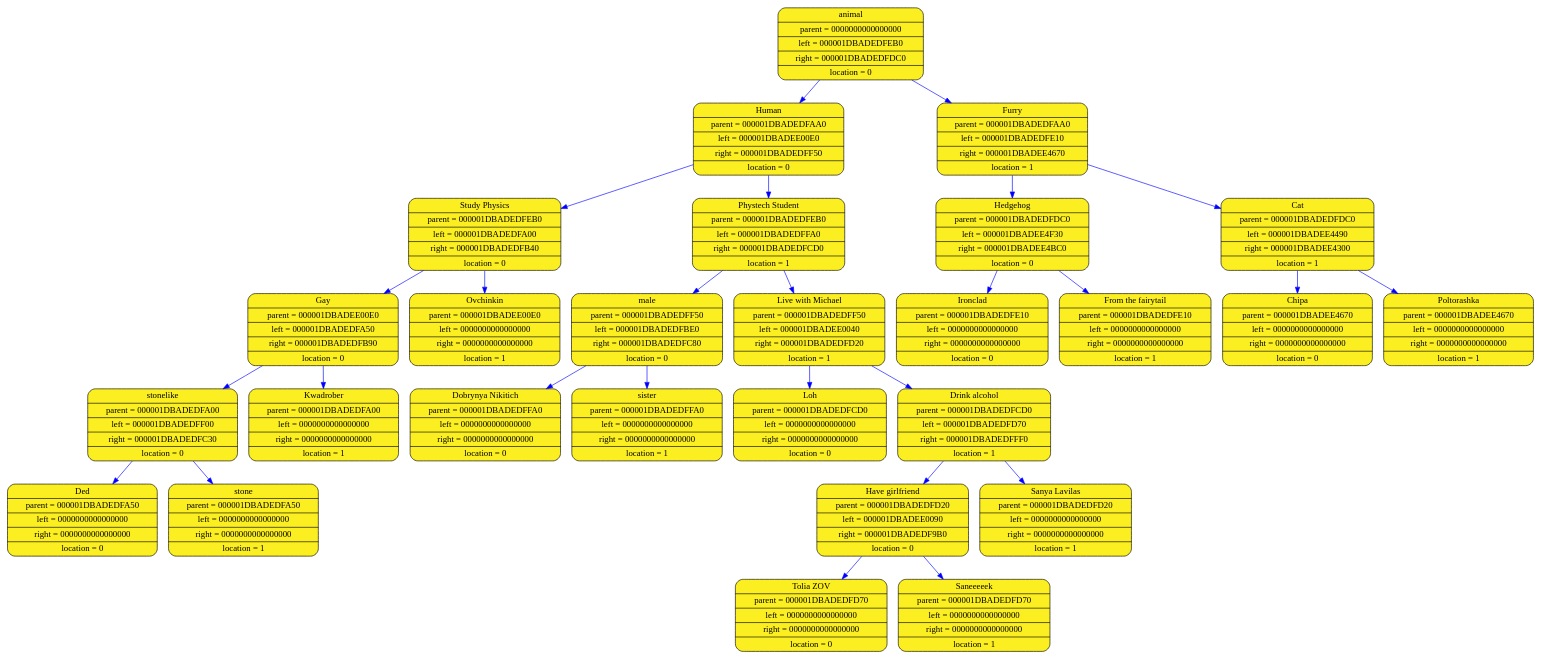
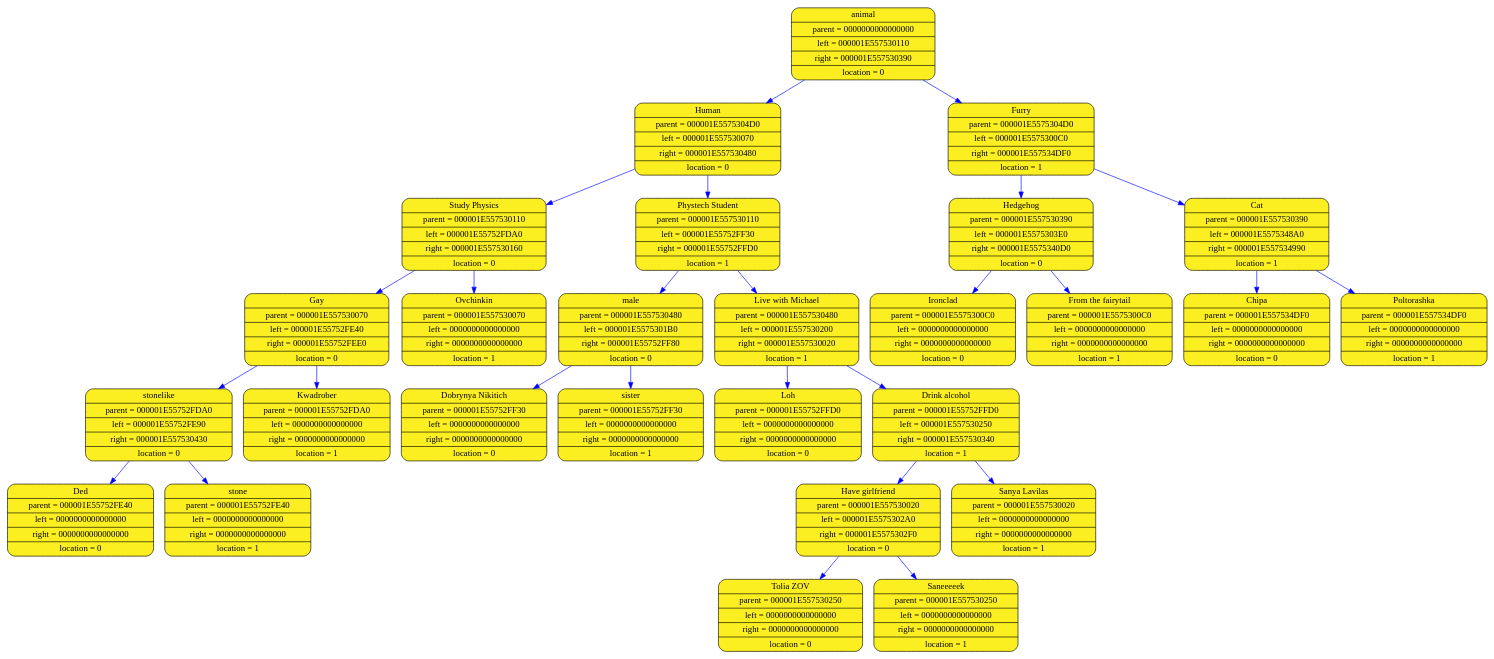
Before and after one commit to aywert/ACINATOR: the diagram in log_folder_acinator/acinator_graph.dot, drawn with Graphviz. The commit also changed 1 other file, not shown here.

```diff
--- a/log_folder_acinator/acinator_graph.dot
+++ b/log_folder_acinator/acinator_graph.dot
@@ -1,57 +1,57 @@
 digraph list
 {
 rankdir=HR;
-	2043027520168 [shape = Mrecord; style = filled; fillcolor="#FBEE21"; color = "#000000"; fontcolor = "#000000"; label = "{ animal| parent = 0000000000000000| left = 000001DBADEDFEB0| right = 000001DBADEDFDC0| location = 0}"];
-	2043027521208 [shape = Mrecord; style = filled; fillcolor="#FBEE21"; color = "#000000"; fontcolor = "#000000"; label = "{ Human| parent = 000001DBADEDFAA0| left = 000001DBADEE00E0| right = 000001DBADEDFF50| location = 0}"];
-	2043027520168 -> 2043027521208 [color="blue"]
-	2043027521768 [shape = Mrecord; style = filled; fillcolor="#FBEE21"; color = "#000000"; fontcolor = "#000000"; label = "{ Study Physics| parent = 000001DBADEDFEB0| left = 000001DBADEDFA00| right = 000001DBADEDFB40| location = 0}"];
-	2043027521208 -> 2043027521768 [color="blue"]
-	2043027520008 [shape = Mrecord; style = filled; fillcolor="#FBEE21"; color = "#000000"; fontcolor = "#000000"; label = "{ Gay| parent = 000001DBADEE00E0| left = 000001DBADEDFA50| right = 000001DBADEDFB90| location = 0}"];
-	2043027521768 -> 2043027520008 [color="blue"]
-	2043027520088 [shape = Mrecord; style = filled; fillcolor="#FBEE21"; color = "#000000"; fontcolor = "#000000"; label = "{ stonelike| parent = 000001DBADEDFA00| left = 000001DBADEDFF00| right = 000001DBADEDFC30| location = 0}"];
-	2043027520008 -> 2043027520088 [color="blue"]
-	2043027521288 [shape = Mrecord; style = filled; fillcolor="#FBEE21"; color = "#000000"; fontcolor = "#000000"; label = "{ Ded| parent = 000001DBADEDFA50| left = 0000000000000000| right = 0000000000000000| location = 0}"];
-	2043027520088 -> 2043027521288 [color="blue"]
-	2043027520568 [shape = Mrecord; style = filled; fillcolor="#FBEE21"; color = "#000000"; fontcolor = "#000000"; label = "{ stone| parent = 000001DBADEDFA50| left = 0000000000000000| right = 0000000000000000| location = 1}"];
-	2043027520088 -> 2043027520568 [color="blue"]
-	2043027520408 [shape = Mrecord; style = filled; fillcolor="#FBEE21"; color = "#000000"; fontcolor = "#000000"; label = "{ Kwadrober| parent = 000001DBADEDFA00| left = 0000000000000000| right = 0000000000000000| location = 1}"];
-	2043027520008 -> 2043027520408 [color="blue"]
-	2043027520328 [shape = Mrecord; style = filled; fillcolor="#FBEE21"; color = "#000000"; fontcolor = "#000000"; label = "{ Ovchinkin| parent = 000001DBADEE00E0| left = 0000000000000000| right = 0000000000000000| location = 1}"];
-	2043027521768 -> 2043027520328 [color="blue"]
-	2043027521368 [shape = Mrecord; style = filled; fillcolor="#FBEE21"; color = "#000000"; fontcolor = "#000000"; label = "{ Phystech Student| parent = 000001DBADEDFEB0| left = 000001DBADEDFFA0| right = 000001DBADEDFCD0| location = 1}"];
-	2043027521208 -> 2043027521368 [color="blue"]
-	2043027521448 [shape = Mrecord; style = filled; fillcolor="#FBEE21"; color = "#000000"; fontcolor = "#000000"; label = "{ male| parent = 000001DBADEDFF50| left = 000001DBADEDFBE0| right = 000001DBADEDFC80| location = 0}"];
-	2043027521368 -> 2043027521448 [color="blue"]
-	2043027520488 [shape = Mrecord; style = filled; fillcolor="#FBEE21"; color = "#000000"; fontcolor = "#000000"; label = "{ Dobrynya Nikitich| parent = 000001DBADEDFFA0| left = 0000000000000000| right = 0000000000000000| location = 0}"];
-	2043027521448 -> 2043027520488 [color="blue"]
-	2043027520648 [shape = Mrecord; style = filled; fillcolor="#FBEE21"; color = "#000000"; fontcolor = "#000000"; label = "{ sister| parent = 000001DBADEDFFA0| left = 0000000000000000| right = 0000000000000000| location = 1}"];
-	2043027521448 -> 2043027520648 [color="blue"]
-	2043027520728 [shape = Mrecord; style = filled; fillcolor="#FBEE21"; color = "#000000"; fontcolor = "#000000"; label = "{ Live with Michael| parent = 000001DBADEDFF50| left = 000001DBADEE0040| right = 000001DBADEDFD20| location = 1}"];
-	2043027521368 -> 2043027520728 [color="blue"]
-	2043027521608 [shape = Mrecord; style = filled; fillcolor="#FBEE21"; color = "#000000"; fontcolor = "#000000"; label = "{ Loh| parent = 000001DBADEDFCD0| left = 0000000000000000| right = 0000000000000000| location = 0}"];
-	2043027520728 -> 2043027521608 [color="blue"]
-	2043027520808 [shape = Mrecord; style = filled; fillcolor="#FBEE21"; color = "#000000"; fontcolor = "#000000"; label = "{ Drink alcohol| parent = 000001DBADEDFCD0| left = 000001DBADEDFD70| right = 000001DBADEDFFF0| location = 1}"];
-	2043027520728 -> 2043027520808 [color="blue"]
-	2043027520888 [shape = Mrecord; style = filled; fillcolor="#FBEE21"; color = "#000000"; fontcolor = "#000000"; label = "{ Have girlfriend| parent = 000001DBADEDFD20| left = 000001DBADEE0090| right = 000001DBADEDF9B0| location = 0}"];
-	2043027520808 -> 2043027520888 [color="blue"]
-	2043027521688 [shape = Mrecord; style = filled; fillcolor="#FBEE21"; color = "#000000"; fontcolor = "#000000"; label = "{ Tolia ZOV| parent = 000001DBADEDFD70| left = 0000000000000000| right = 0000000000000000| location = 0}"];
-	2043027520888 -> 2043027521688 [color="blue"]
-	2043027519928 [shape = Mrecord; style = filled; fillcolor="#FBEE21"; color = "#000000"; fontcolor = "#000000"; label = "{ Saneeeeek| parent = 000001DBADEDFD70| left = 0000000000000000| right = 0000000000000000| location = 1}"];
-	2043027520888 -> 2043027519928 [color="blue"]
-	2043027521528 [shape = Mrecord; style = filled; fillcolor="#FBEE21"; color = "#000000"; fontcolor = "#000000"; label = "{ Sanya Lavilas| parent = 000001DBADEDFD20| left = 0000000000000000| right = 0000000000000000| location = 1}"];
-	2043027520808 -> 2043027521528 [color="blue"]
-	2043027520968 [shape = Mrecord; style = filled; fillcolor="#FBEE21"; color = "#000000"; fontcolor = "#000000"; label = "{ Furry| parent = 000001DBADEDFAA0| left = 000001DBADEDFE10| right = 000001DBADEE4670| location = 1}"];
-	2043027520168 -> 2043027520968 [color="blue"]
-	2043027521048 [shape = Mrecord; style = filled; fillcolor="#FBEE21"; color = "#000000"; fontcolor = "#000000"; label = "{ Hedgehog| parent = 000001DBADEDFDC0| left = 000001DBADEE4F30| right = 000001DBADEE4BC0| location = 0}"];
-	2043027520968 -> 2043027521048 [color="blue"]
-	2043027541816 [shape = Mrecord; style = filled; fillcolor="#FBEE21"; color = "#000000"; fontcolor = "#000000"; label = "{ Ironclad| parent = 000001DBADEDFE10| left = 0000000000000000| right = 0000000000000000| location = 0}"];
-	2043027521048 -> 2043027541816 [color="blue"]
-	2043027540936 [shape = Mrecord; style = filled; fillcolor="#FBEE21"; color = "#000000"; fontcolor = "#000000"; label = "{ From the fairytail| parent = 000001DBADEDFE10| left = 0000000000000000| right = 0000000000000000| location = 1}"];
-	2043027521048 -> 2043027540936 [color="blue"]
-	2043027539576 [shape = Mrecord; style = filled; fillcolor="#FBEE21"; color = "#000000"; fontcolor = "#000000"; label = "{ Cat| parent = 000001DBADEDFDC0| left = 000001DBADEE4490| right = 000001DBADEE4300| location = 1}"];
-	2043027520968 -> 2043027539576 [color="blue"]
-	2043027539096 [shape = Mrecord; style = filled; fillcolor="#FBEE21"; color = "#000000"; fontcolor = "#000000"; label = "{ Chipa| parent = 000001DBADEE4670| left = 0000000000000000| right = 0000000000000000| location = 0}"];
-	2043027539576 -> 2043027539096 [color="blue"]
-	2043027538696 [shape = Mrecord; style = filled; fillcolor="#FBEE21"; color = "#000000"; fontcolor = "#000000"; label = "{ Poltorashka| parent = 000001DBADEE4670| left = 0000000000000000| right = 0000000000000000| location = 1}"];
-	2043027539576 -> 2043027538696 [color="blue"]
+	2084524197080 [shape = Mrecord; style = filled; fillcolor="#FBEE21"; color = "#000000"; fontcolor = "#000000"; label = "{ animal| parent = 0000000000000000| left = 000001E557530110| right = 000001E557530390| location = 0}"];
+	2084524196120 [shape = Mrecord; style = filled; fillcolor="#FBEE21"; color = "#000000"; fontcolor = "#000000"; label = "{ Human| parent = 000001E5575304D0| left = 000001E557530070| right = 000001E557530480| location = 0}"];
+	2084524197080 -> 2084524196120 [color="blue"]
+	2084524195960 [shape = Mrecord; style = filled; fillcolor="#FBEE21"; color = "#000000"; fontcolor = "#000000"; label = "{ Study Physics| parent = 000001E557530110| left = 000001E55752FDA0| right = 000001E557530160| location = 0}"];
+	2084524196120 -> 2084524195960 [color="blue"]
+	2084524195240 [shape = Mrecord; style = filled; fillcolor="#FBEE21"; color = "#000000"; fontcolor = "#000000"; label = "{ Gay| parent = 000001E557530070| left = 000001E55752FE40| right = 000001E55752FEE0| location = 0}"];
+	2084524195960 -> 2084524195240 [color="blue"]
+	2084524195400 [shape = Mrecord; style = filled; fillcolor="#FBEE21"; color = "#000000"; fontcolor = "#000000"; label = "{ stonelike| parent = 000001E55752FDA0| left = 000001E55752FE90| right = 000001E557530430| location = 0}"];
+	2084524195240 -> 2084524195400 [color="blue"]
+	2084524195480 [shape = Mrecord; style = filled; fillcolor="#FBEE21"; color = "#000000"; fontcolor = "#000000"; label = "{ Ded| parent = 000001E55752FE40| left = 0000000000000000| right = 0000000000000000| location = 0}"];
+	2084524195400 -> 2084524195480 [color="blue"]
+	2084524196920 [shape = Mrecord; style = filled; fillcolor="#FBEE21"; color = "#000000"; fontcolor = "#000000"; label = "{ stone| parent = 000001E55752FE40| left = 0000000000000000| right = 0000000000000000| location = 1}"];
+	2084524195400 -> 2084524196920 [color="blue"]
+	2084524195560 [shape = Mrecord; style = filled; fillcolor="#FBEE21"; color = "#000000"; fontcolor = "#000000"; label = "{ Kwadrober| parent = 000001E55752FDA0| left = 0000000000000000| right = 0000000000000000| location = 1}"];
+	2084524195240 -> 2084524195560 [color="blue"]
+	2084524196200 [shape = Mrecord; style = filled; fillcolor="#FBEE21"; color = "#000000"; fontcolor = "#000000"; label = "{ Ovchinkin| parent = 000001E557530070| left = 0000000000000000| right = 0000000000000000| location = 1}"];
+	2084524195960 -> 2084524196200 [color="blue"]
+	2084524197000 [shape = Mrecord; style = filled; fillcolor="#FBEE21"; color = "#000000"; fontcolor = "#000000"; label = "{ Phystech Student| parent = 000001E557530110| left = 000001E55752FF30| right = 000001E55752FFD0| location = 1}"];
+	2084524196120 -> 2084524197000 [color="blue"]
+	2084524195640 [shape = Mrecord; style = filled; fillcolor="#FBEE21"; color = "#000000"; fontcolor = "#000000"; label = "{ male| parent = 000001E557530480| left = 000001E5575301B0| right = 000001E55752FF80| location = 0}"];
+	2084524197000 -> 2084524195640 [color="blue"]
+	2084524196280 [shape = Mrecord; style = filled; fillcolor="#FBEE21"; color = "#000000"; fontcolor = "#000000"; label = "{ Dobrynya Nikitich| parent = 000001E55752FF30| left = 0000000000000000| right = 0000000000000000| location = 0}"];
+	2084524195640 -> 2084524196280 [color="blue"]
+	2084524195720 [shape = Mrecord; style = filled; fillcolor="#FBEE21"; color = "#000000"; fontcolor = "#000000"; label = "{ sister| parent = 000001E55752FF30| left = 0000000000000000| right = 0000000000000000| location = 1}"];
+	2084524195640 -> 2084524195720 [color="blue"]
+	2084524195800 [shape = Mrecord; style = filled; fillcolor="#FBEE21"; color = "#000000"; fontcolor = "#000000"; label = "{ Live with Michael| parent = 000001E557530480| left = 000001E557530200| right = 000001E557530020| location = 1}"];
+	2084524197000 -> 2084524195800 [color="blue"]
+	2084524196360 [shape = Mrecord; style = filled; fillcolor="#FBEE21"; color = "#000000"; fontcolor = "#000000"; label = "{ Loh| parent = 000001E55752FFD0| left = 0000000000000000| right = 0000000000000000| location = 0}"];
+	2084524195800 -> 2084524196360 [color="blue"]
+	2084524195880 [shape = Mrecord; style = filled; fillcolor="#FBEE21"; color = "#000000"; fontcolor = "#000000"; label = "{ Drink alcohol| parent = 000001E55752FFD0| left = 000001E557530250| right = 000001E557530340| location = 1}"];
+	2084524195800 -> 2084524195880 [color="blue"]
+	2084524196440 [shape = Mrecord; style = filled; fillcolor="#FBEE21"; color = "#000000"; fontcolor = "#000000"; label = "{ Have girlfriend| parent = 000001E557530020| left = 000001E5575302A0| right = 000001E5575302F0| location = 0}"];
+	2084524195880 -> 2084524196440 [color="blue"]
+	2084524196520 [shape = Mrecord; style = filled; fillcolor="#FBEE21"; color = "#000000"; fontcolor = "#000000"; label = "{ Tolia ZOV| parent = 000001E557530250| left = 0000000000000000| right = 0000000000000000| location = 0}"];
+	2084524196440 -> 2084524196520 [color="blue"]
+	2084524196600 [shape = Mrecord; style = filled; fillcolor="#FBEE21"; color = "#000000"; fontcolor = "#000000"; label = "{ Saneeeeek| parent = 000001E557530250| left = 0000000000000000| right = 0000000000000000| location = 1}"];
+	2084524196440 -> 2084524196600 [color="blue"]
+	2084524196680 [shape = Mrecord; style = filled; fillcolor="#FBEE21"; color = "#000000"; fontcolor = "#000000"; label = "{ Sanya Lavilas| parent = 000001E557530020| left = 0000000000000000| right = 0000000000000000| location = 1}"];
+	2084524195880 -> 2084524196680 [color="blue"]
+	2084524196760 [shape = Mrecord; style = filled; fillcolor="#FBEE21"; color = "#000000"; fontcolor = "#000000"; label = "{ Furry| parent = 000001E5575304D0| left = 000001E5575300C0| right = 000001E557534DF0| location = 1}"];
+	2084524197080 -> 2084524196760 [color="blue"]
+	2084524196040 [shape = Mrecord; style = filled; fillcolor="#FBEE21"; color = "#000000"; fontcolor = "#000000"; label = "{ Hedgehog| parent = 000001E557530390| left = 000001E5575303E0| right = 000001E5575340D0| location = 0}"];
+	2084524196760 -> 2084524196040 [color="blue"]
+	2084524196840 [shape = Mrecord; style = filled; fillcolor="#FBEE21"; color = "#000000"; fontcolor = "#000000"; label = "{ Ironclad| parent = 000001E5575300C0| left = 0000000000000000| right = 0000000000000000| location = 0}"];
+	2084524196040 -> 2084524196840 [color="blue"]
+	2084524212440 [shape = Mrecord; style = filled; fillcolor="#FBEE21"; color = "#000000"; fontcolor = "#000000"; label = "{ From the fairytail| parent = 000001E5575300C0| left = 0000000000000000| right = 0000000000000000| location = 1}"];
+	2084524196040 -> 2084524212440 [color="blue"]
+	2084524215800 [shape = Mrecord; style = filled; fillcolor="#FBEE21"; color = "#000000"; fontcolor = "#000000"; label = "{ Cat| parent = 000001E557530390| left = 000001E5575348A0| right = 000001E557534990| location = 1}"];
+	2084524196760 -> 2084524215800 [color="blue"]
+	2084524214440 [shape = Mrecord; style = filled; fillcolor="#FBEE21"; color = "#000000"; fontcolor = "#000000"; label = "{ Chipa| parent = 000001E557534DF0| left = 0000000000000000| right = 0000000000000000| location = 0}"];
+	2084524215800 -> 2084524214440 [color="blue"]
+	2084524214680 [shape = Mrecord; style = filled; fillcolor="#FBEE21"; color = "#000000"; fontcolor = "#000000"; label = "{ Poltorashka| parent = 000001E557534DF0| left = 0000000000000000| right = 0000000000000000| location = 1}"];
+	2084524215800 -> 2084524214680 [color="blue"]
 	}
```
